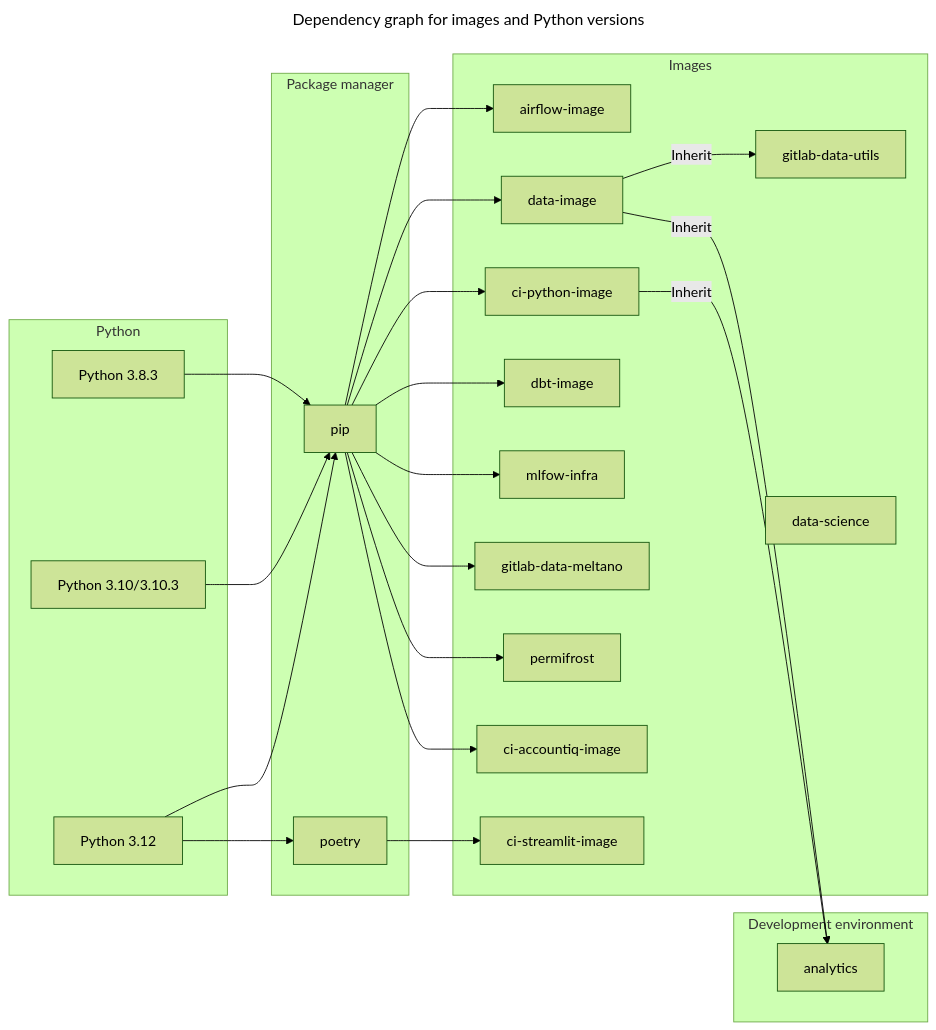
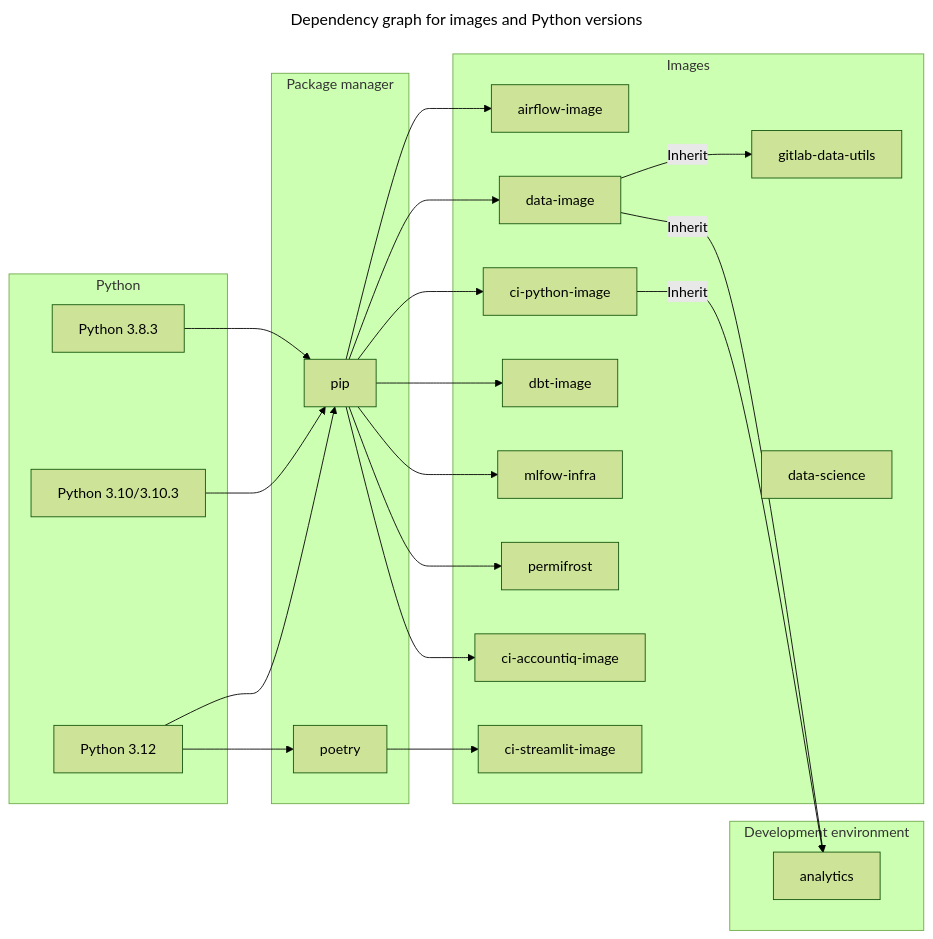
Before and after one commit to kyama0/gitlab-handbook-ja: the diagram in content/handbook/enterprise-data/platform/python-tool-package-management/index.md, drawn with Mermaid (forest theme). The commit also changed other lines of this file and 65 other files, not shown here.

````diff
--- a/content/handbook/enterprise-data/platform/python-tool-package-management/index.md
+++ b/content/handbook/enterprise-data/platform/python-tool-package-management/index.md
@@ -79,54 +78,52 @@
 ```mermaid
 ---
 title: Dependency graph for images and Python versions
 ---
 flowchart LR
     P38  --> pip
     P310 --> pip
     P312 --> poetry
     P312 --> pip
     pip --> airflow-image
     pip --> ci-python-image
     pip --> data-image
     pip --> dbt-image
     pip --> mlfow-infra
-    pip --> gitlab-data-meltano
     pip --> permifrost
     pip --> ci-accountiq-image
     poetry --> ci-streamlit-image
 
 
     data-image      --Inherit--> gitlab-data-utils
     data-image      --Inherit--> analytics
     ci-python-image --Inherit--> analytics
 
 
     subgraph Python
         P38[Python 3.8.3]
         P310[Python 3.10/3.10.3]
         P312[Python 3.12]
     end
 
     subgraph Package manager
        pip[pip]
        poetry[poetry]
     end
 
     subgraph Images
         airflow-image
         ci-python-image
         data-image
         data-science
         dbt-image
         gitlab-data-utils
         mlfow-infra
-        gitlab-data-meltano
         permifrost
         ci-streamlit-image
         ci-accountiq-image
     end
 
     subgraph DEV [Development environment]
         analytics
     end
 ```
````
